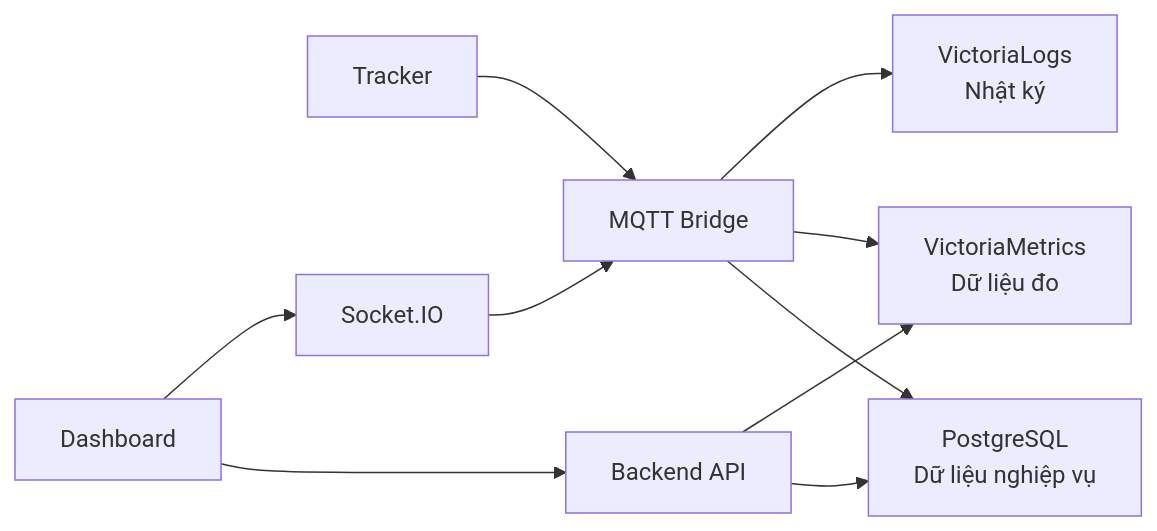
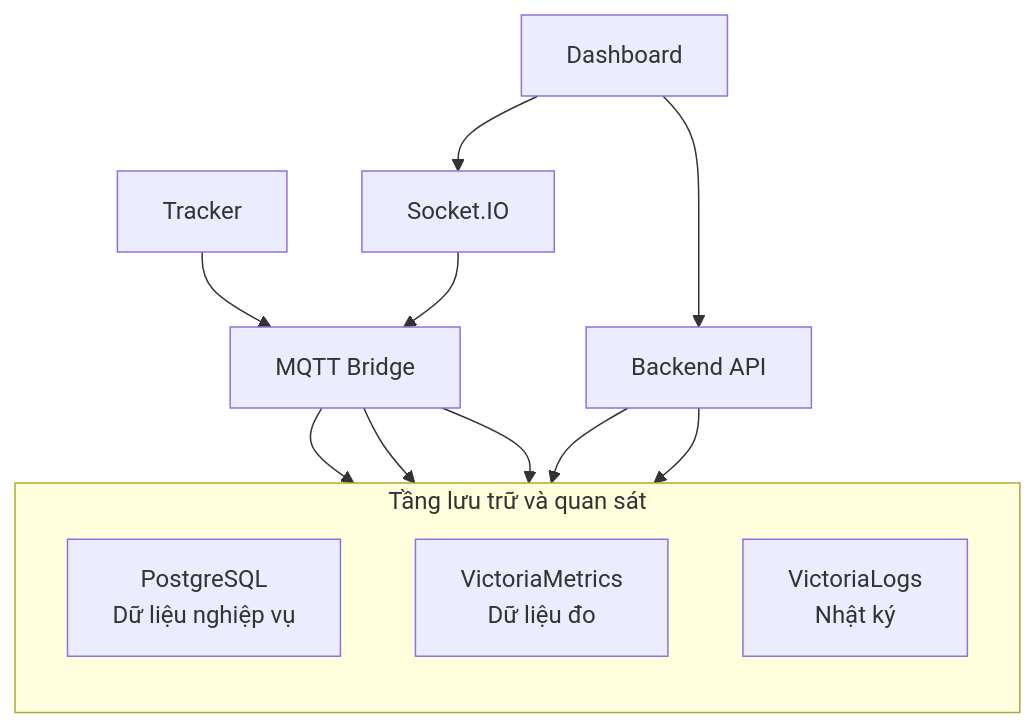
Before and after one commit to anmh1205/IoT_Vehicle_Tracking_System: the diagram in resources/reports/thesis/final/assets/uml/02-chuong-2-phan-tich-hinh-2-1.mmd, drawn with Mermaid. The commit also changed 135 other files, not shown here.

```diff
--- a/resources/reports/thesis/final/assets/uml/02-chuong-2-phan-tich-hinh-2-1.mmd
+++ b/resources/reports/thesis/final/assets/uml/02-chuong-2-phan-tich-hinh-2-1.mmd
@@ -1,13 +1,19 @@
-flowchart LR
+flowchart TB
     Device["Tracker"] --> Bridge["MQTT Bridge"]
-    Bridge --> PG["PostgreSQL
-Dữ liệu nghiệp vụ"]
-    Bridge --> VM["VictoriaMetrics
-Dữ liệu đo"]
-    Bridge --> VL["VictoriaLogs
-Nhật ký"]
+
+    subgraph DataPlane["Tầng lưu trữ và quan sát"]
+        direction TB
+        PG["PostgreSQL<br/>Dữ liệu nghiệp vụ"]
+        VM["VictoriaMetrics<br/>Dữ liệu đo"]
+        VL["VictoriaLogs<br/>Nhật ký"]
+    end
+
+    Bridge --> PG
+    Bridge --> VM
+    Bridge --> VL
+
     API["Backend API"] --> PG
     API --> VM
     Dashboard["Dashboard"] --> API
     Dashboard --> Socket["Socket.IO"]
     Socket --> Bridge
```
